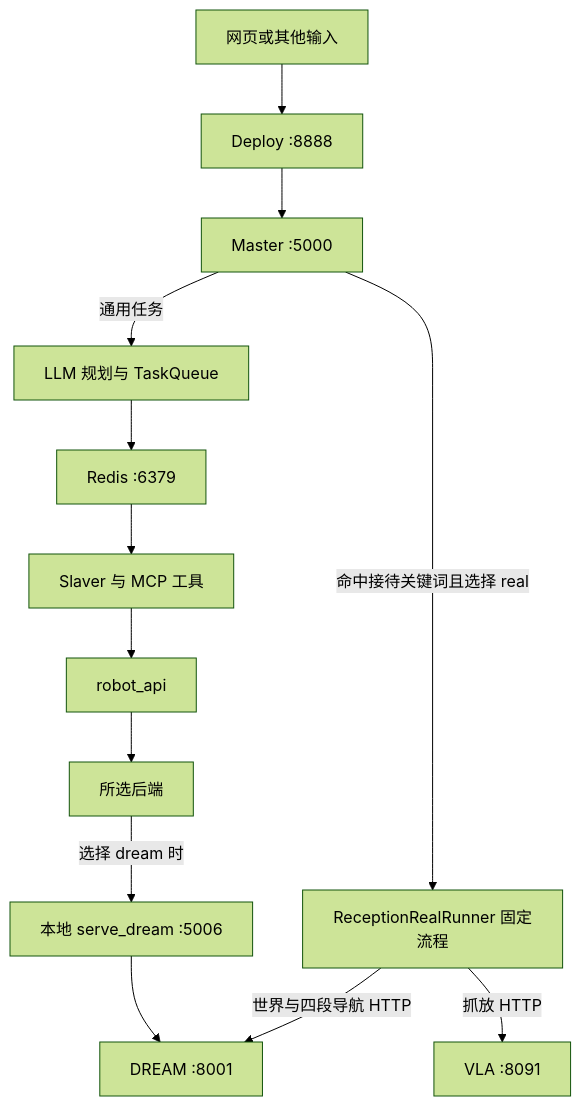
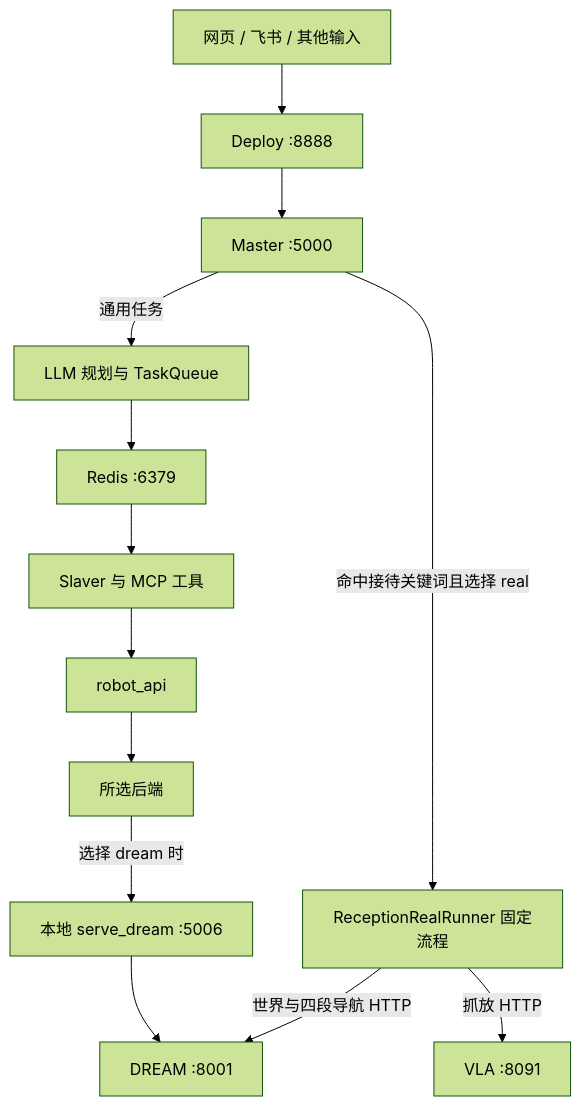
One commit to ForgeAI-Robotics/Connection changed the diagram in docs/项目接手指南_20260914.md. Above: the diagram before and after it, drawn with Mermaid (forest theme). The commit also changed other lines of this file and 23 other files, not shown here.

````diff
--- a/docs/项目接手指南_20260914.md
+++ b/docs/项目接手指南_20260914.md
@@ -34,15 +35,15 @@
 ```mermaid
 flowchart TD
-    U[网页或其他输入] --> D[Deploy :8888]
+    U[网页 / 飞书 / 其他输入] --> D[Deploy :8888]
     D --> M[Master :5000]
     M -->|命中接待关键词且选择 real| R[ReceptionRealRunner 固定流程]
     R -->|世界与四段导航 HTTP| N[DREAM :8001]
     R -->|抓放 HTTP| V[VLA :8091]
     M -->|通用任务| P[LLM 规划与 TaskQueue]
     P --> B[Redis :6379]
     B --> S[Slaver 与 MCP 工具]
     S --> A[robot_api]
     A --> X[所选后端]
     X -->|选择 dream 时| BR[本地 serve_dream :5006]
     BR --> N
 ```
````
